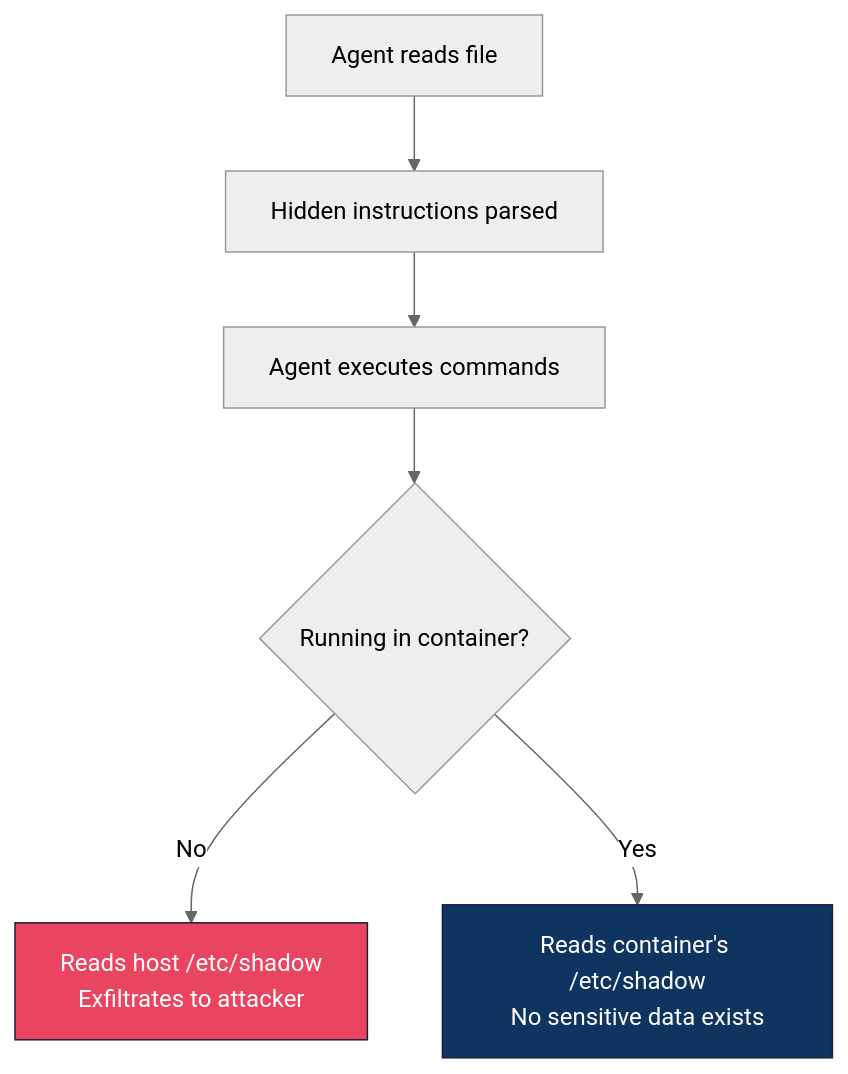
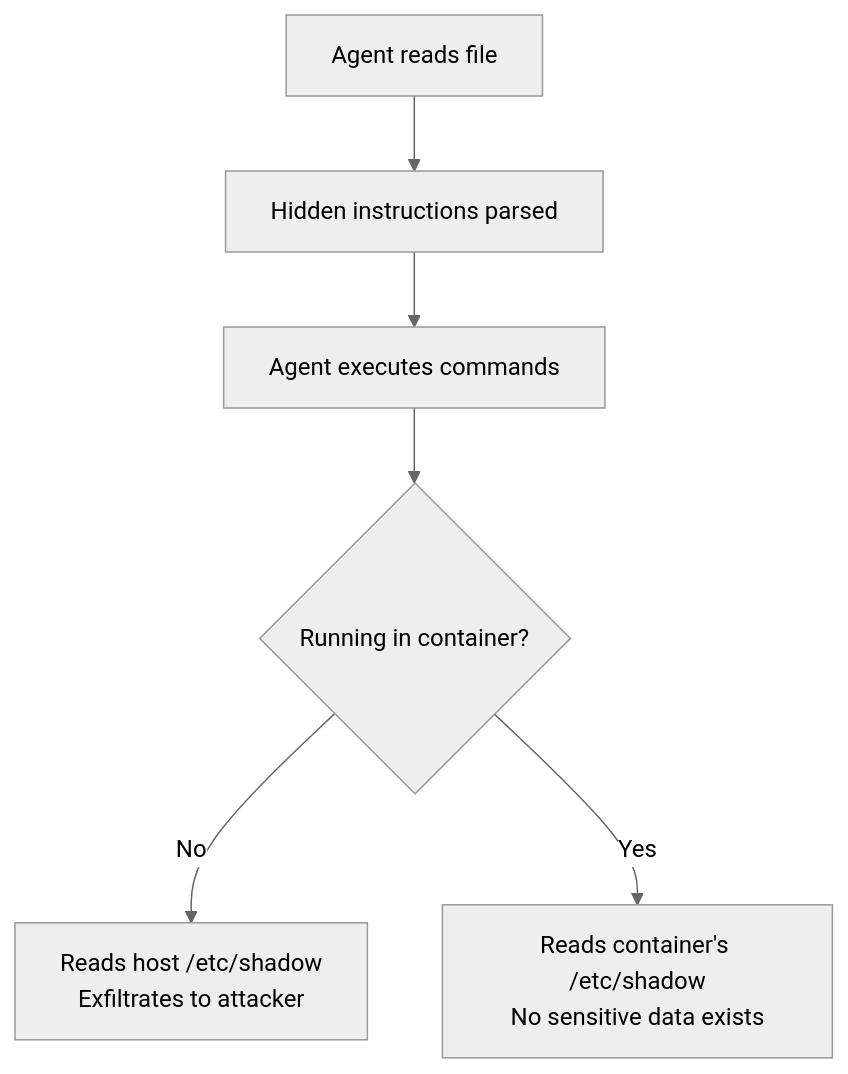
One commit to novotnyllc/ContainAI changed the second of 6 diagrams in docs/security-scenarios.md. Above: the diagram before and after it, drawn with Mermaid (neutral theme). The commit also changed other lines of this file and 14 other files, not shown here.

````diff
--- a/docs/security-scenarios.md
+++ b/docs/security-scenarios.md
@@ -126,11 +124,9 @@
 ```mermaid
 flowchart TD
     A["Agent reads file"] --> B["Hidden instructions parsed"]
     B --> C["Agent executes commands"]
     C --> D{"Running in container?"}
     D -->|No| E["Reads host /etc/shadow<br/>Exfiltrates to attacker"]
     D -->|Yes| F["Reads container's /etc/shadow<br/>No sensitive data exists"]
 
-    style E fill:#e94560,stroke:#16213e,color:#fff
-    style F fill:#0f3460,stroke:#16213e,color:#fff
 ```
````
